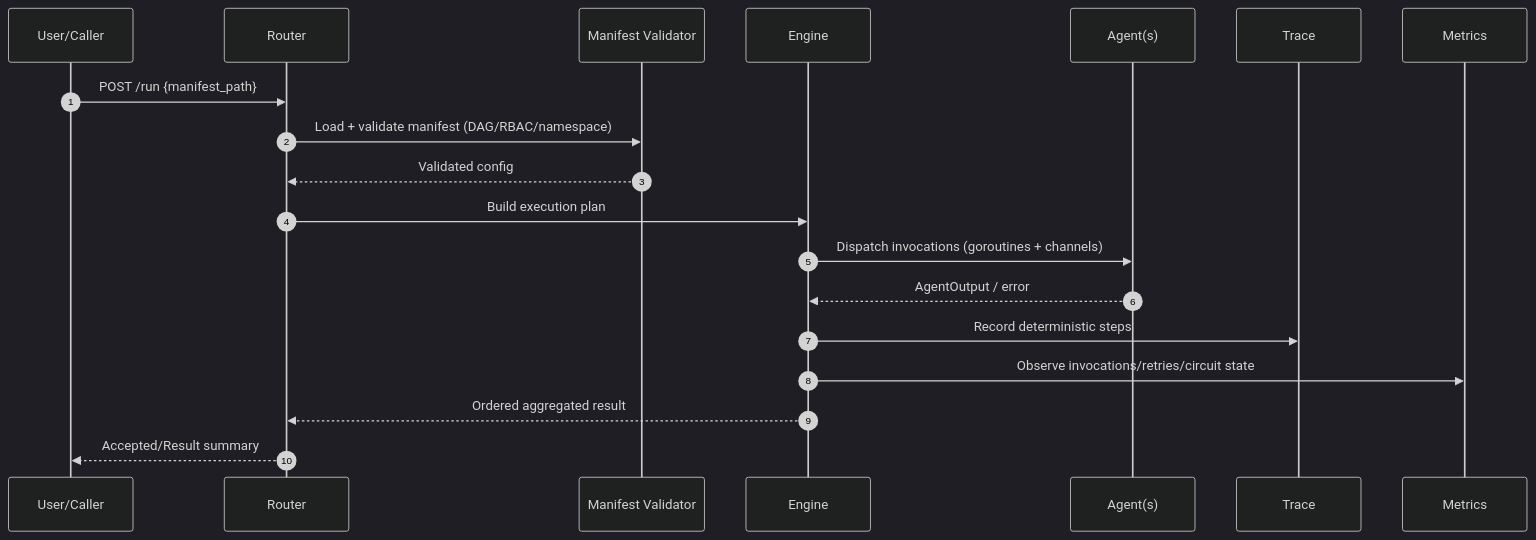
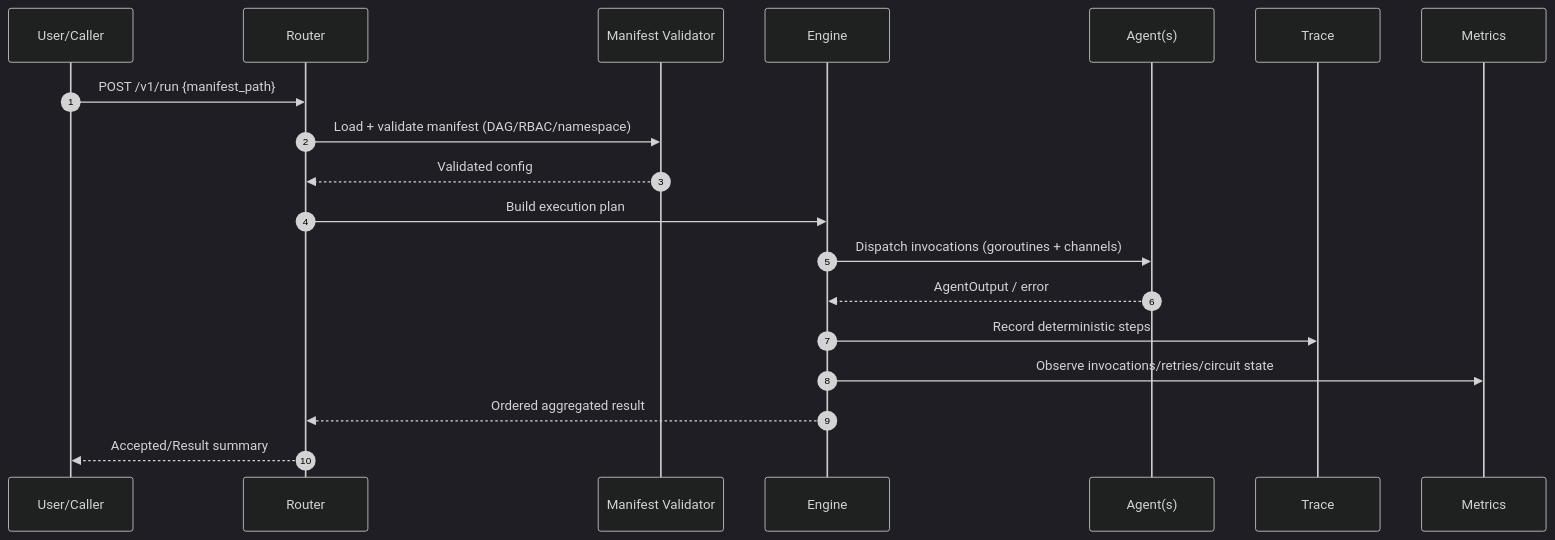
One commit to yagna-1/fluxroute changed the second of 5 diagrams in README.md. Above: the diagram before and after it, drawn with Mermaid (dark theme). The commit also changed other lines of this file, not shown here.

Commit message:
docs: align README versions and API diagrams with v1 routes

````diff
--- a/README.md
+++ b/README.md
@@ -76,22 +76,22 @@
 ```mermaid
 sequenceDiagram
     autonumber
     participant U as User/Caller
     participant R as Router
     participant M as Manifest Validator
     participant E as Engine
     participant A as Agent(s)
     participant T as Trace
     participant X as Metrics
 
-    U->>R: POST /run {manifest_path}
+    U->>R: POST /v1/run {manifest_path}
     R->>M: Load + validate manifest (DAG/RBAC/namespace)
     M-->>R: Validated config
     R->>E: Build execution plan
     E->>A: Dispatch invocations (goroutines + channels)
     A-->>E: AgentOutput / error
     E->>T: Record deterministic steps
     E->>X: Observe invocations/retries/circuit state
     E-->>R: Ordered aggregated result
     R-->>U: Accepted/Result summary
 ```
````
